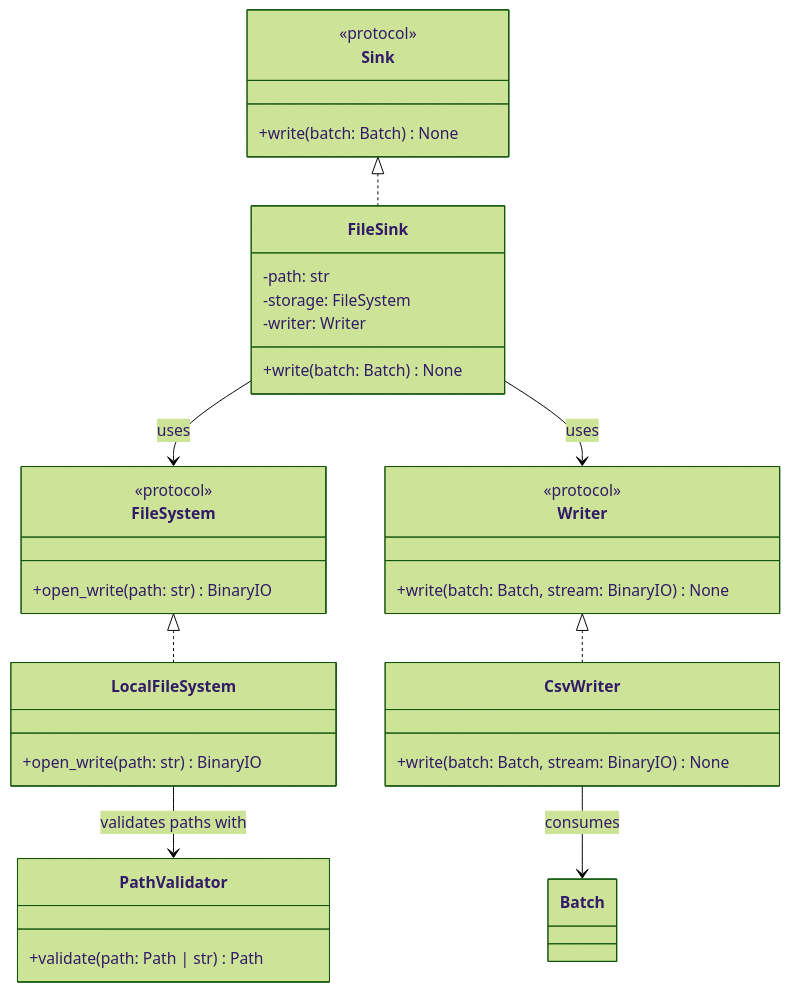
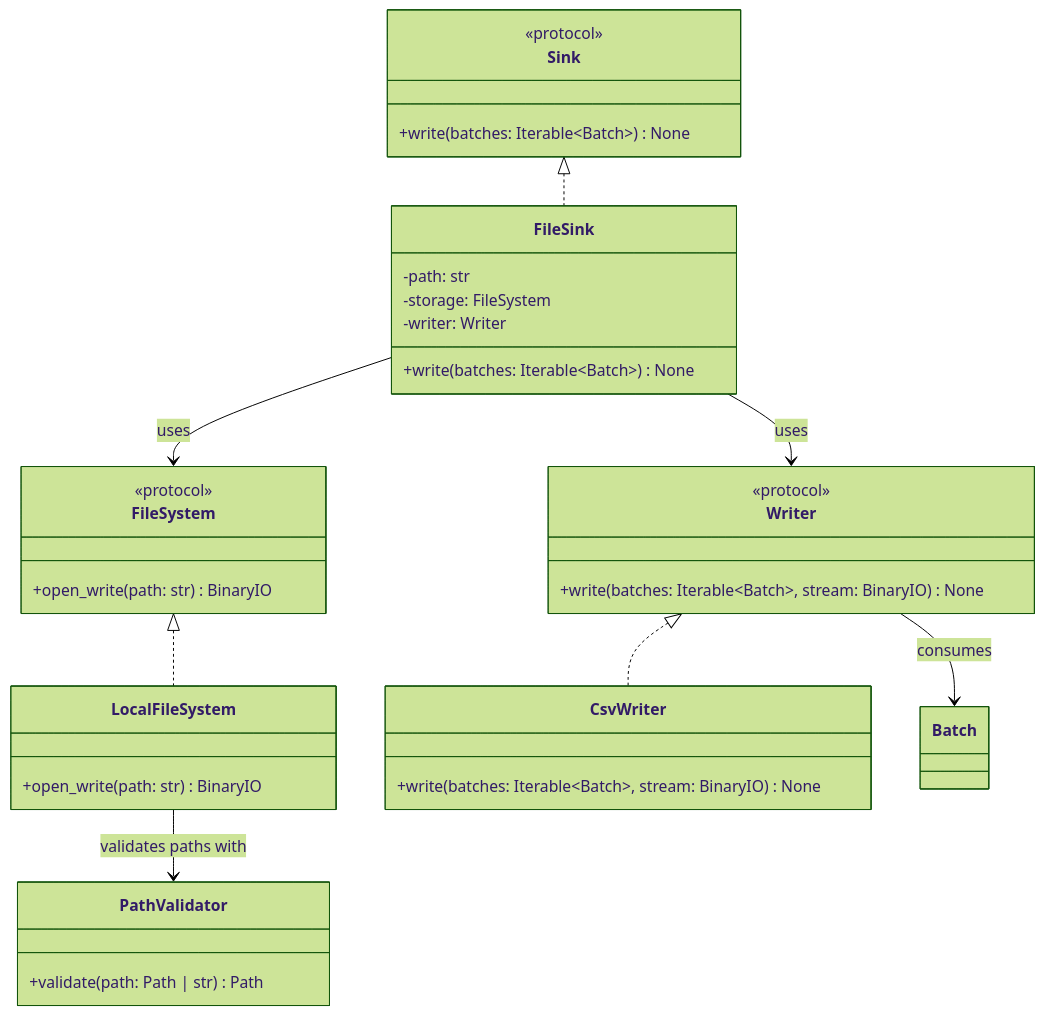
One commit to apaquette/ETLRelay changed the diagram in docs/class_diagrams/file_sink_class_diagram.md. Above: the diagram before and after it, drawn with Mermaid (forest theme). The commit also changed other lines of this file and 57 other files, not shown here.

````diff
--- a/docs/class_diagrams/file_sink_class_diagram.md
+++ b/docs/class_diagrams/file_sink_class_diagram.md
@@ -16,48 +16,49 @@
 ```mermaid
 classDiagram
     class Sink {
         <<protocol>>
-        +write(batch: Batch) None
+        +write(batches: Iterable~Batch~) None
     }
 
     class FileSink {
         -path: str
         -storage: FileSystem
         -writer: Writer
-        +write(batch: Batch) None
+        +write(batches: Iterable~Batch~) None
     }
 
     class FileSystem {
         <<protocol>>
         +open_write(path: str) BinaryIO
     }
 
     class Writer {
         <<protocol>>
-        +write(batch: Batch, stream: BinaryIO) None
+        +write(batches: Iterable~Batch~, stream: BinaryIO) None
     }
 
     class LocalFileSystem {
         +open_write(path: str) BinaryIO
     }
 
     class CsvWriter {
-        +write(batch: Batch, stream: BinaryIO) None
+        +write(batches: Iterable~Batch~, stream: BinaryIO) None
     }
 
     class PathValidator {
         +validate(path: Path | str) Path
     }
 
     class Batch
 
     Sink <|.. FileSink
     FileSystem <|.. LocalFileSystem
     Writer <|.. CsvWriter
 
     FileSink --> FileSystem : uses
     FileSink --> Writer : uses
 
     LocalFileSystem --> PathValidator : validates paths with
-    CsvWriter --> Batch : consumes
+
+    Writer --> Batch : consumes
 ```
````
